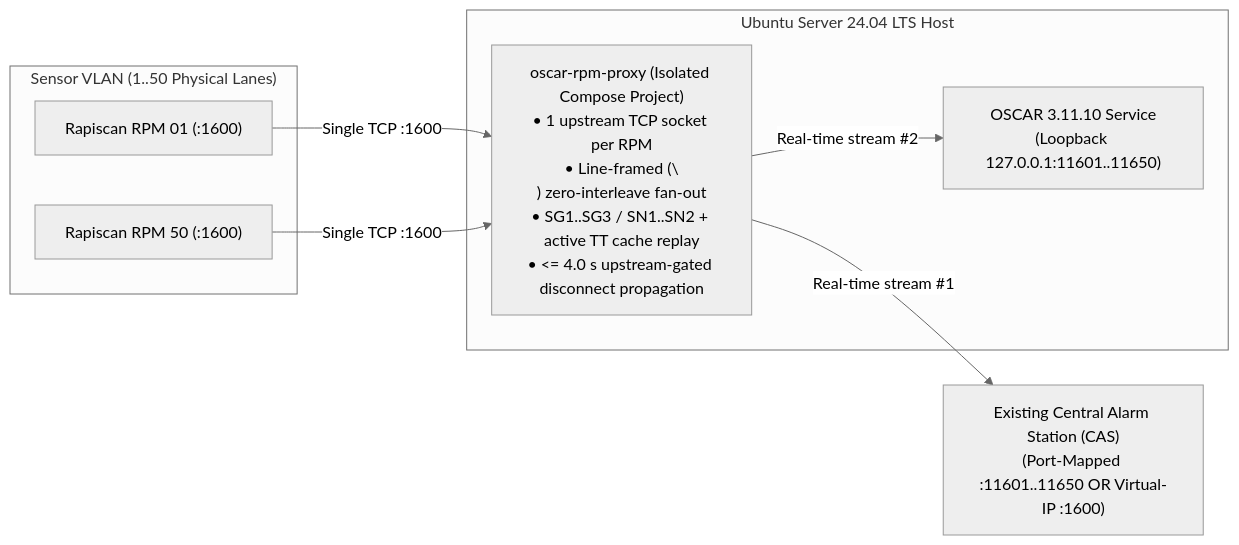
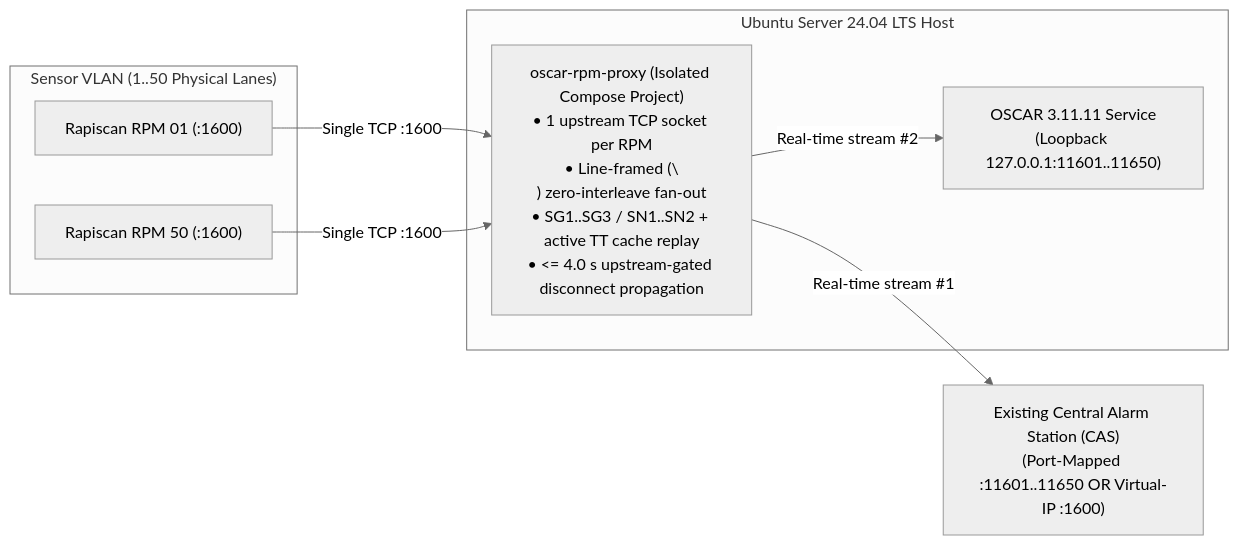
One commit to ORNL/oscar changed the diagram in docs/RPM_EDGE_PROXY_GUIDE.md. Above: the diagram before and after it, drawn with Mermaid (neutral theme). The commit also changed other lines of this file and 29 other files, not shown here.

````diff
--- a/docs/RPM_EDGE_PROXY_GUIDE.md
+++ b/docs/RPM_EDGE_PROXY_GUIDE.md
@@ -13,19 +13,19 @@
 ```mermaid
 flowchart LR
     subgraph SensorVLAN["Sensor VLAN (1..50 Physical Lanes)"]
         RPM1["Rapiscan RPM 01 (:1600)"]
         RPM50["Rapiscan RPM 50 (:1600)"]
     end
 
     subgraph OscarHost["Ubuntu Server 24.04 LTS Host"]
         Proxy["oscar-rpm-proxy (Isolated Compose Project)\n• 1 upstream TCP socket per RPM\n• Line-framed (\\n) zero-interleave fan-out\n• SG1..SG3 / SN1..SN2 + active TT cache replay\n• <= 4.0 s upstream-gated disconnect propagation"]
-        OSCAR["OSCAR 3.11.10 Service\n(Loopback 127.0.0.1:11601..11650)"]
+        OSCAR["OSCAR 3.11.11 Service\n(Loopback 127.0.0.1:11601..11650)"]
     end
 
     CAS["Existing Central Alarm Station (CAS)\n(Port-Mapped :11601..11650 OR Virtual-IP :1600)"]
 
     RPM1 -->|"Single TCP :1600"| Proxy
     RPM50 -->|"Single TCP :1600"| Proxy
     Proxy -->|"Real-time stream #1"| CAS
     Proxy -->|"Real-time stream #2"| OSCAR
 ```
````
